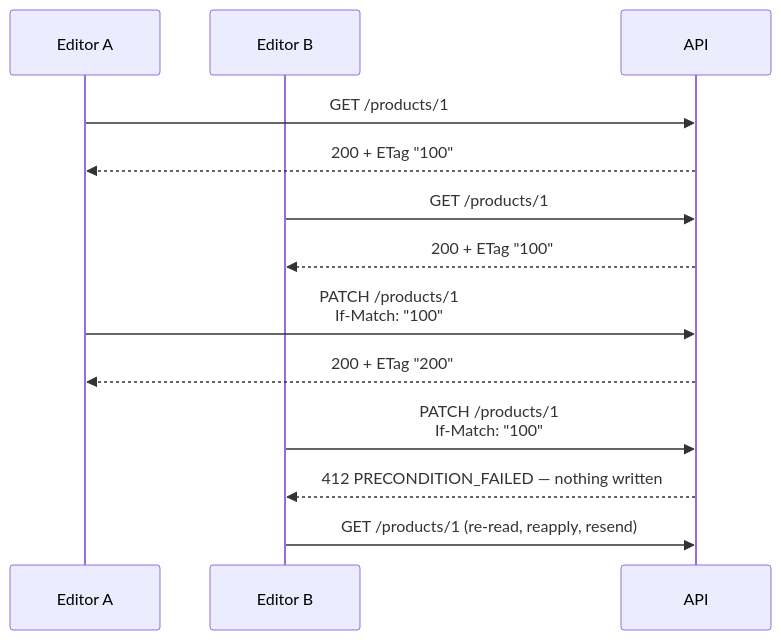
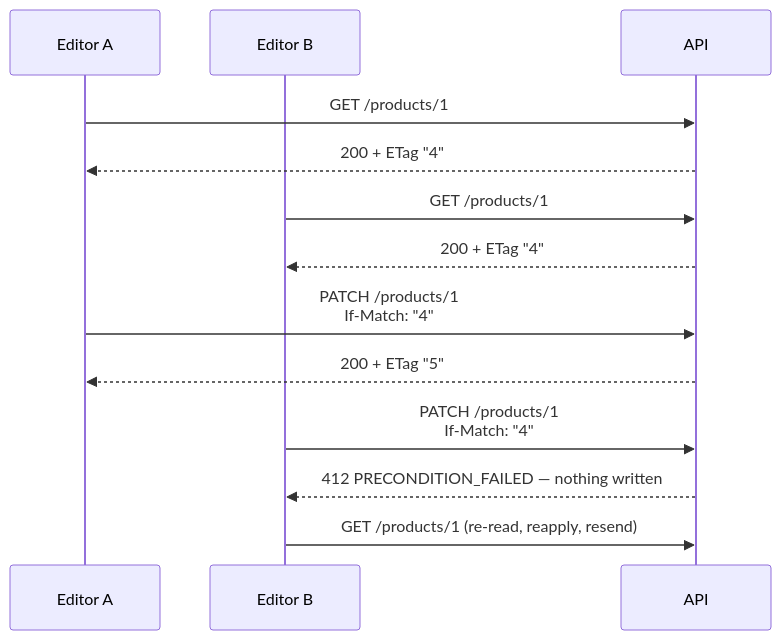
The third of 3 diagrams in docs/api/write-methods.md (Guebbit/boilerplate-node-backend), drawn with Mermaid before and after one commit. The commit also changed other lines of this file and 24 other files, not shown here.

````diff
--- a/docs/api/write-methods.md
+++ b/docs/api/write-methods.md
@@ -205,15 +205,15 @@
 ```mermaid
 sequenceDiagram
     participant A as Editor A
     participant B as Editor B
     participant S as API
     A->>S: GET /products/1
-    S-->>A: 200 + ETag "100"
+    S-->>A: 200 + ETag "4"
     B->>S: GET /products/1
-    S-->>B: 200 + ETag "100"
-    A->>S: PATCH /products/1<br/>If-Match: "100"
-    S-->>A: 200 + ETag "200"
-    B->>S: PATCH /products/1<br/>If-Match: "100"
+    S-->>B: 200 + ETag "4"
+    A->>S: PATCH /products/1<br/>If-Match: "4"
+    S-->>A: 200 + ETag "5"
+    B->>S: PATCH /products/1<br/>If-Match: "4"
     S-->>B: 412 PRECONDITION_FAILED — nothing written
     B->>S: GET /products/1 (re-read, reapply, resend)
 ```
````
